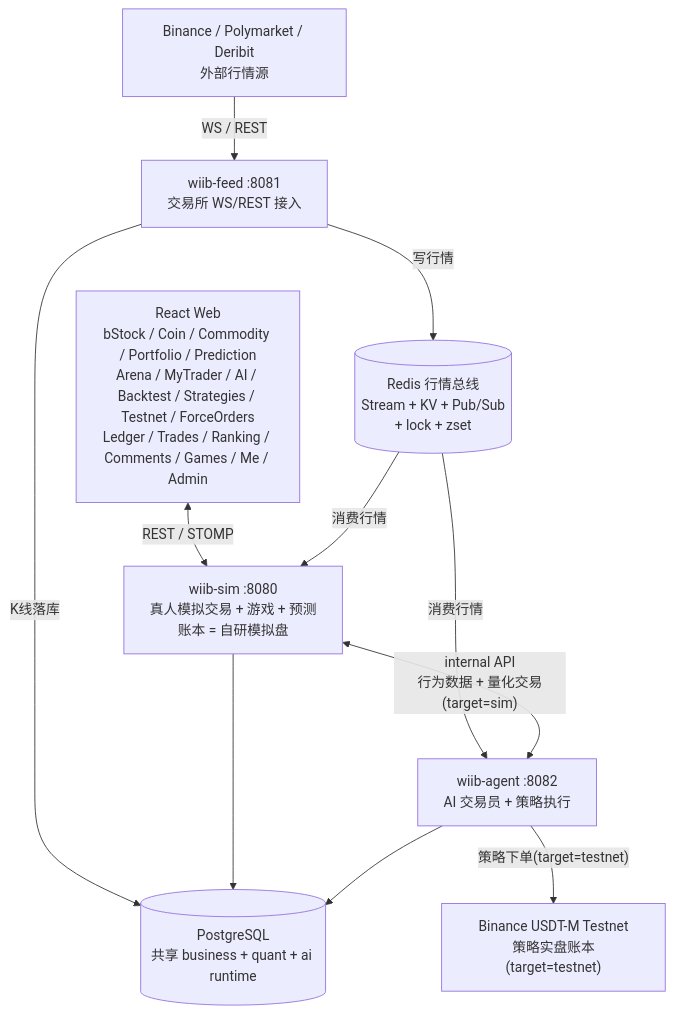
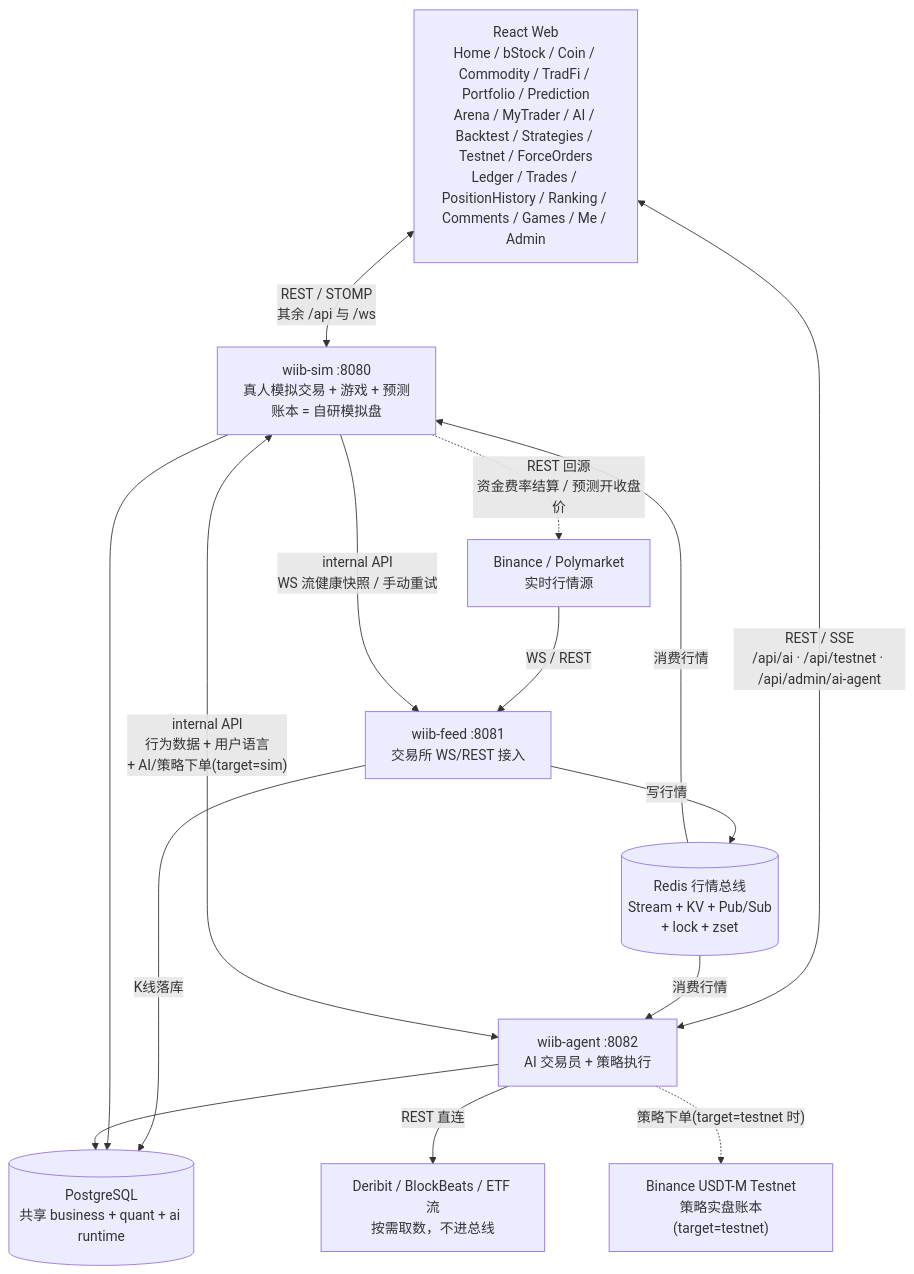
Before and after one commit to mamawai/wiib: the diagram in docs/architecture.md, drawn with Mermaid. The commit also changed other lines of this file and 11 other files, not shown here.

````diff
--- a/docs/architecture.md
+++ b/docs/architecture.md
@@ -9,22 +9,27 @@
 ```mermaid
 flowchart TD
-    UI["React Web<br/>bStock / Coin / Commodity / Portfolio / Prediction<br/>Arena / MyTrader / AI / Backtest / Strategies / Testnet / ForceOrders<br/>Ledger / Trades / Ranking / Comments / Games / Me / Admin"]
-    EXC["Binance / Polymarket / Deribit<br/>外部行情源"]
+    UI["React Web<br/>Home / bStock / Coin / Commodity / TradFi / Portfolio / Prediction<br/>Arena / MyTrader / AI / Backtest / Strategies / Testnet / ForceOrders<br/>Ledger / Trades / PositionHistory / Ranking / Comments / Games / Me / Admin"]
+    EXC["Binance / Polymarket<br/>实时行情源"]
+    EXT["Deribit / BlockBeats / ETF 流<br/>按需取数，不进总线"]
     FEED["wiib-feed :8081<br/>交易所 WS/REST 接入"]
     SIM["wiib-sim :8080<br/>真人模拟交易 + 游戏 + 预测<br/>账本 = 自研模拟盘"]
     AGENT["wiib-agent :8082<br/>AI 交易员 + 策略执行"]
     DB[("PostgreSQL<br/>共享 business + quant + ai runtime")]
     REDIS[("Redis 行情总线<br/>Stream + KV + Pub/Sub<br/>+ lock + zset")]
     TESTNET["Binance USDT-M Testnet<br/>策略实盘账本(target=testnet)"]
 
     EXC -->|WS / REST| FEED
+    SIM -.->|"REST 回源<br/>资金费率结算 / 预测开收盘价"| EXC
+    AGENT -->|REST 直连| EXT
     FEED -->|写行情| REDIS
     FEED -->|K线落库| DB
-    UI <-->|REST / STOMP| SIM
+    UI <-->|"REST / STOMP<br/>其余 /api 与 /ws"| SIM
+    UI <-->|"REST / SSE<br/>/api/ai · /api/testnet · /api/admin/ai-agent"| AGENT
     REDIS -->|消费行情| SIM
     REDIS -->|消费行情| AGENT
     SIM --> DB
     AGENT --> DB
-    SIM <-->|"internal API<br/>行为数据 + 量化交易(target=sim)"| AGENT
-    AGENT -->|"策略下单(target=testnet)"| TESTNET
+    SIM <-->|"internal API<br/>行为数据 + 用户语言<br/>+ AI/策略下单(target=sim)"| AGENT
+    SIM -->|"internal API<br/>WS 流健康快照 / 手动重试"| FEED
+    AGENT -.->|"策略下单(target=testnet 时)"| TESTNET
 ```
````
